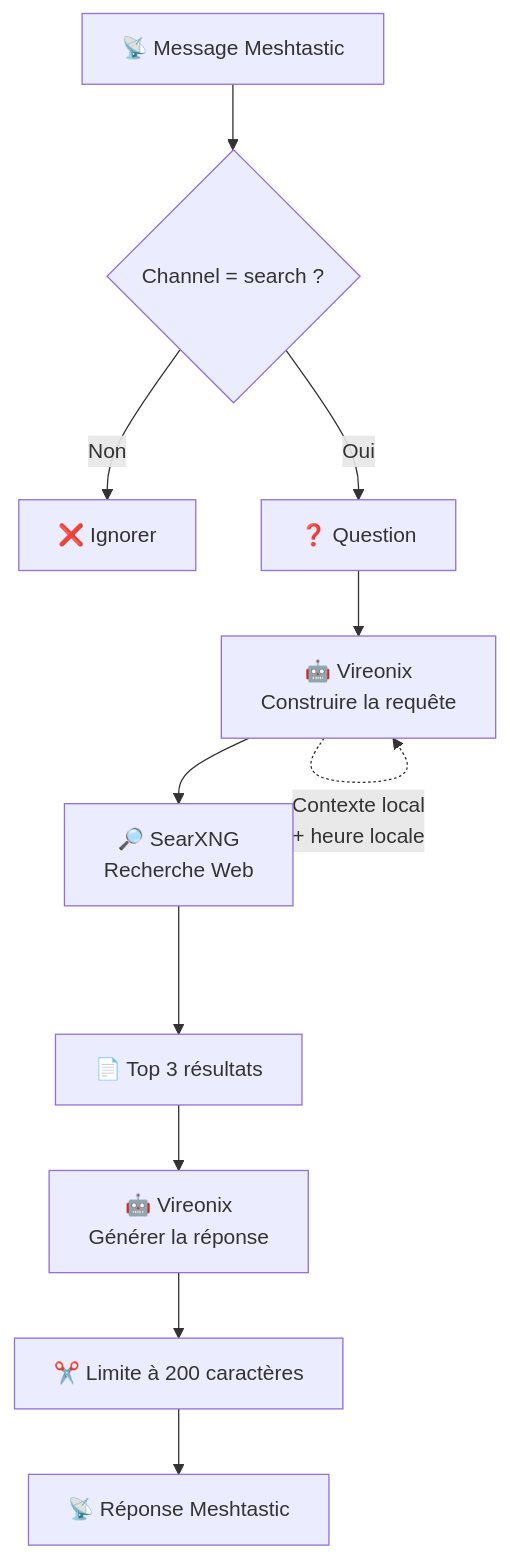
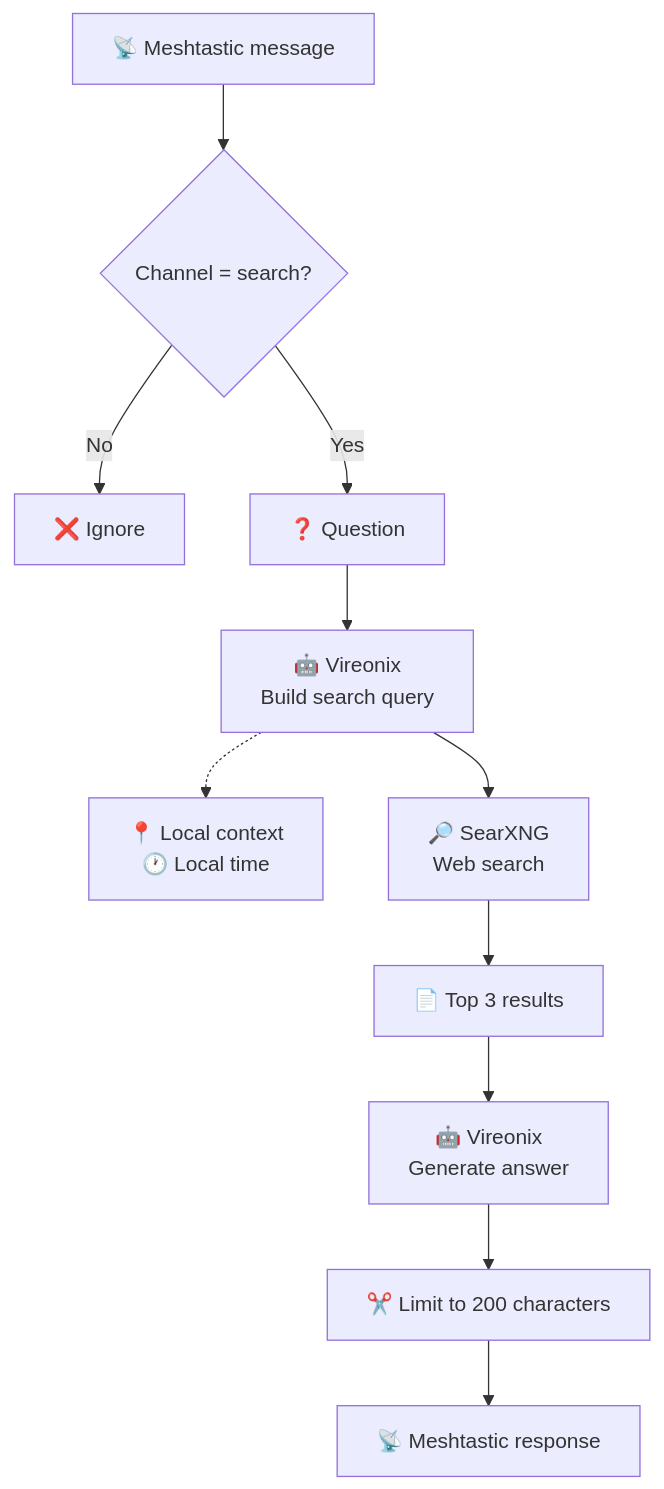
The second of 3 diagrams in README.md (YR72dpi/meshtastic_search_bot), drawn with Mermaid before and after one commit. The commit also changed other lines of this file, not shown here.

````diff
--- a/README.md
+++ b/README.md
@@ -49,17 +48,22 @@
 ```mermaid
 flowchart TD
-    A["📡 Message Meshtastic"] --> B{"Channel = search ?"}
-    B -- Non --> Z["❌ Ignorer"]
-    B -- Oui --> C["❓ Question"]
 
-    C --> D["🤖 Vireonix<br/>Construire la requête"]
-    D --> E["🔎 SearXNG<br/>Recherche Web"]
+    A["📡 Meshtastic message"] --> B{"Channel = search?"}
 
-    E --> F["📄 Top 3 résultats"]
-    F --> G["🤖 Vireonix<br/>Générer la réponse"]
+    B -- "No" --> Z["❌ Ignore"]
+    B -- "Yes" --> C["❓ Question"]
 
-    G --> H["✂️ Limite à 200 caractères"]
-    H --> I["📡 Réponse Meshtastic"]
+    C --> D["🤖 Vireonix<br/>Build search query"]
 
-    D -. "Contexte local<br/>+ heure locale" .-> D
+    D -.-> L["📍 Local context<br/>🕐 Local time"]
+
+    D --> E["🔎 SearXNG<br/>Web search"]
+
+    E --> F["📄 Top 3 results"]
+
+    F --> G["🤖 Vireonix<br/>Generate answer"]
+
+    G --> H["✂️ Limit to 200 characters"]
+
+    H --> I["📡 Meshtastic response"]
 ```
````
